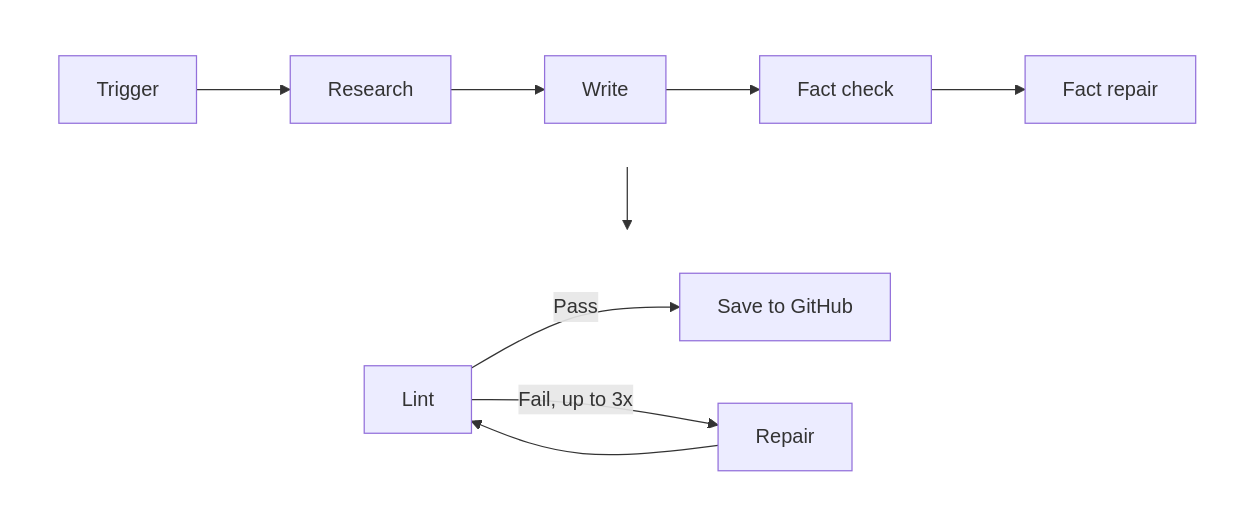
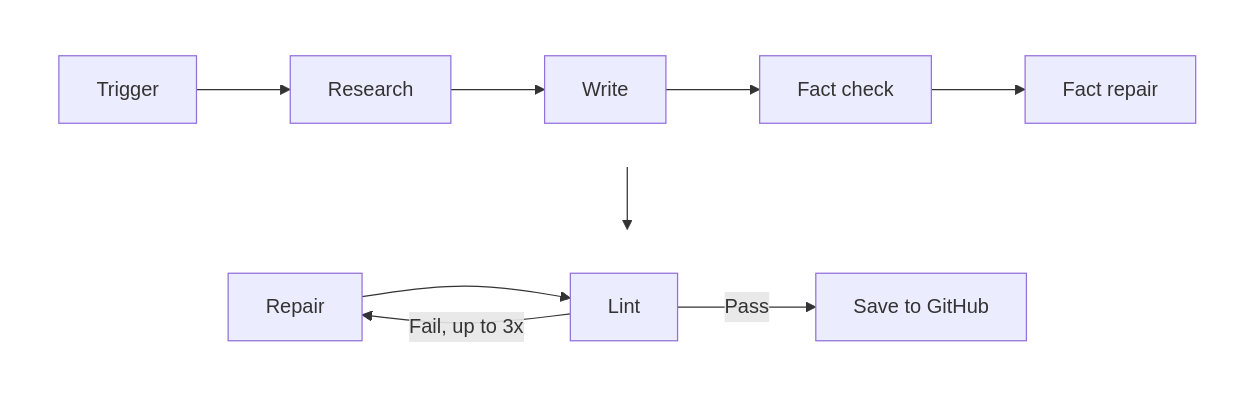
Before and after one commit to kevinsundstrom/vercel-case-study: the diagram in README.md, drawn with Mermaid.

Commit message:
fix: move lint fail edge outside subgraph to reduce diagram height

````diff
--- a/README.md
+++ b/README.md
@@ -29,17 +29,16 @@
 ```mermaid
 flowchart TB
     subgraph top[ ]
         direction LR
         A[Trigger] --> B[Research] --> C[Write] --> D[Fact check] --> E[Fact repair]
     end
     subgraph bottom[ ]
         direction LR
-        F[Lint] -->|Pass| G[Save to GitHub]
-        F -->|Fail, up to 3x| H[Repair]
-        H --> F
+        H[Repair] --> F[Lint] -->|Pass| G[Save to GitHub]
     end
     E --> F
+    F -->|Fail, up to 3x| H
 
     style top fill:none,stroke:none
     style bottom fill:none,stroke:none
 ```
````
